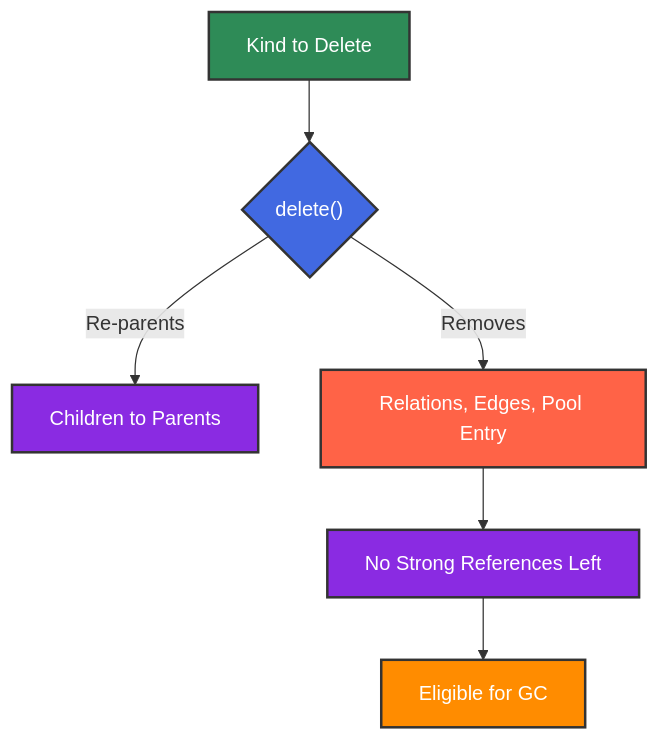
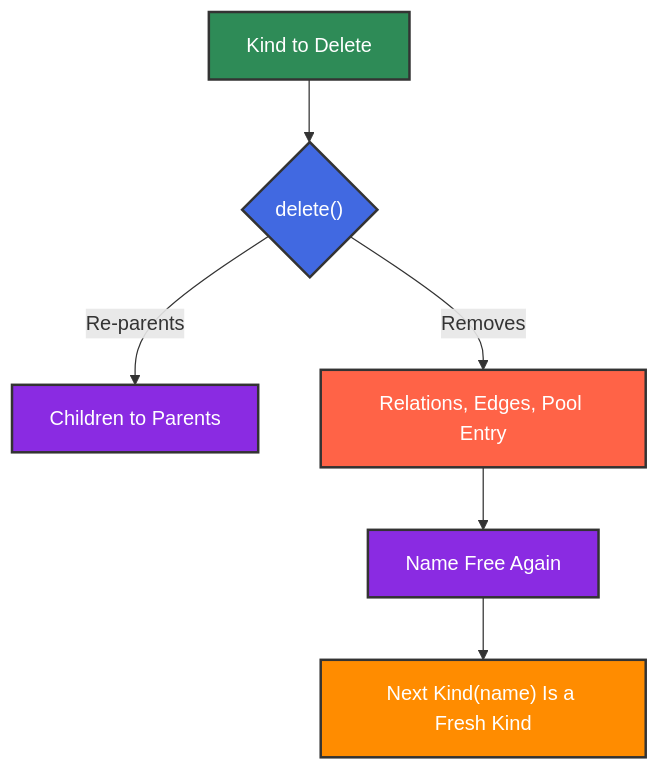
Before and after one commit to ikko/kind: the first of 2 diagrams in docs/topics/10_memory_awareness/index.md, drawn with Mermaid. The commit also changed other lines of this file and 38 other files, not shown here.

First line of the commit message:
A name lives until it is deleted; equal values are one Kind; time views say what they return

````diff
--- a/docs/topics/10_memory_awareness/index.md
+++ b/docs/topics/10_memory_awareness/index.md
@@ -57,15 +67,15 @@
 ```mermaid
 graph TD
     A[Kind to Delete] --> B{delete&#40&#41};
     B -- "Re-parents" --> C[Children to Parents];
     B -- "Removes" --> D[Relations, Edges, Pool Entry];
-    D --> E[No Strong References Left];
-    E --> F[Eligible for GC];
+    D --> E[Name Free Again];
+    E --> F[Next Kind#40;name#41; Is a Fresh Kind];
 
     style A fill:#2E8B57,stroke:#333,stroke-width:2px,color:#FFFFFF;
     style B fill:#4169E1,stroke:#333,stroke-width:2px,color:#FFFFFF;
     style C fill:#8A2BE2,stroke:#333,stroke-width:2px,color:#FFFFFF;
     style D fill:#FF6347,stroke:#333,stroke-width:2px,color:#FFFFFF;
     style E fill:#8A2BE2,stroke:#333,stroke-width:2px,color:#FFFFFF;
     style F fill:#FF8C00,stroke:#333,stroke-width:2px,color:#FFFFFF;
 ```
````
